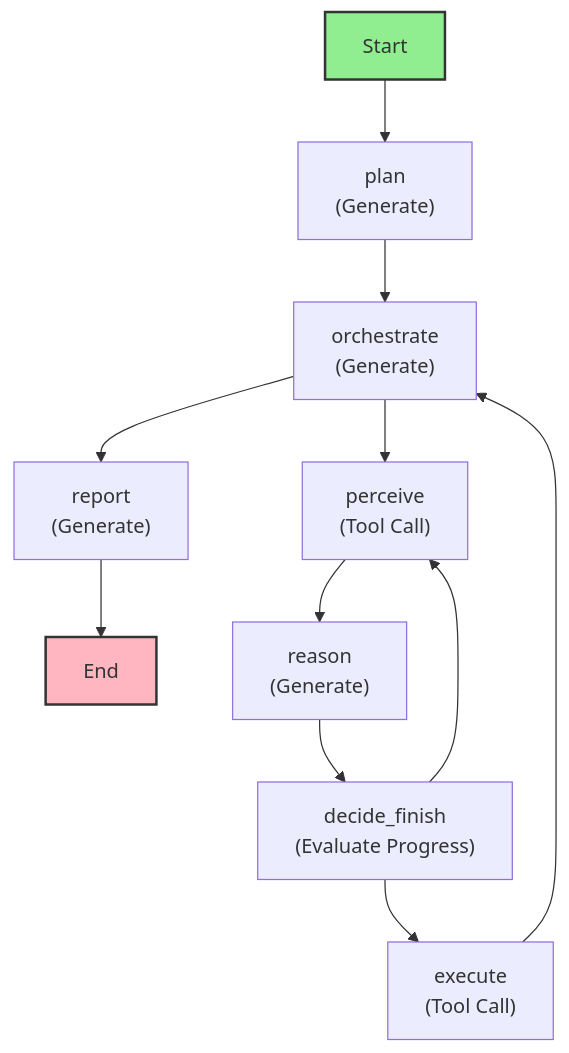
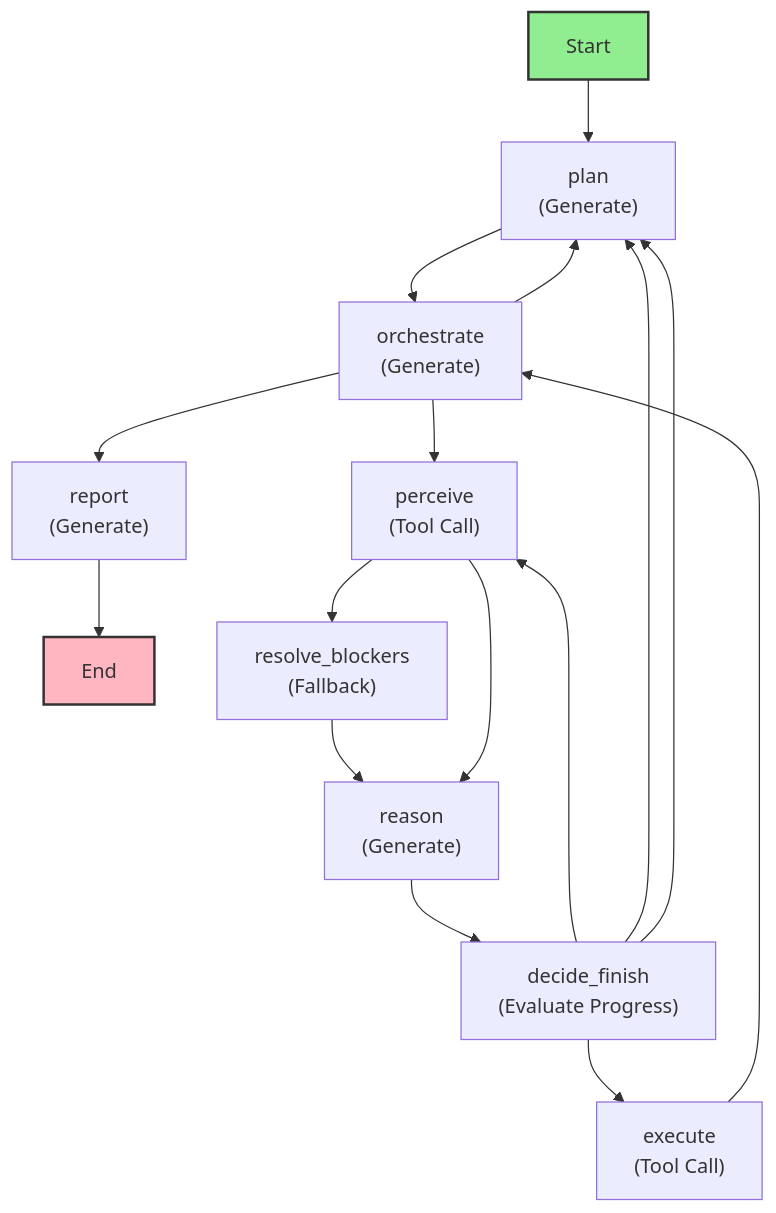
One commit to ChangranXU/ArbiterOS-Alpha changed the diagram in workflow.mmd. Above: the diagram before and after it, drawn with Mermaid. The commit also changed 4 other files, not shown here.

Commit message:
update the policy, rules, and flow of GUI agent

```diff
--- a/workflow.mmd
+++ b/workflow.mmd
@@ -1,22 +1,28 @@
 graph TD
     End[End]:::endNode
     Start[Start]:::startNode
     decide_finish["decide_finish<br/>(Evaluate Progress)"]
     execute["execute<br/>(Tool Call)"]
     orchestrate["orchestrate<br/>(Generate)"]
     perceive["perceive<br/>(Tool Call)"]
     plan["plan<br/>(Generate)"]
     reason["reason<br/>(Generate)"]
     report["report<br/>(Generate)"]
-    execute --> orchestrate
-    plan --> orchestrate
+    resolve_blockers["resolve_blockers<br/>(Fallback)"]
     reason --> decide_finish
     Start --> plan
+    resolve_blockers --> reason
     report --> End
+    plan --> orchestrate
+    execute --> orchestrate
+    orchestrate --> perceive
+    orchestrate --> report
+    orchestrate --> plan
     perceive --> reason
-    orchestrate --> report
-    orchestrate --> perceive
+    perceive --> resolve_blockers
+    decide_finish --> perceive
+    decide_finish --> plan
     decide_finish --> execute
-    decide_finish --> perceive
+    decide_finish --> plan
     classDef startNode fill:#90EE90,stroke:#333,stroke-width:2px
     classDef endNode fill:#FFB6C1,stroke:#333,stroke-width:2px
```
